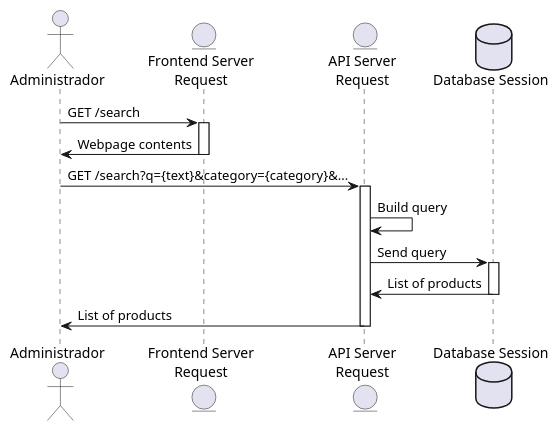
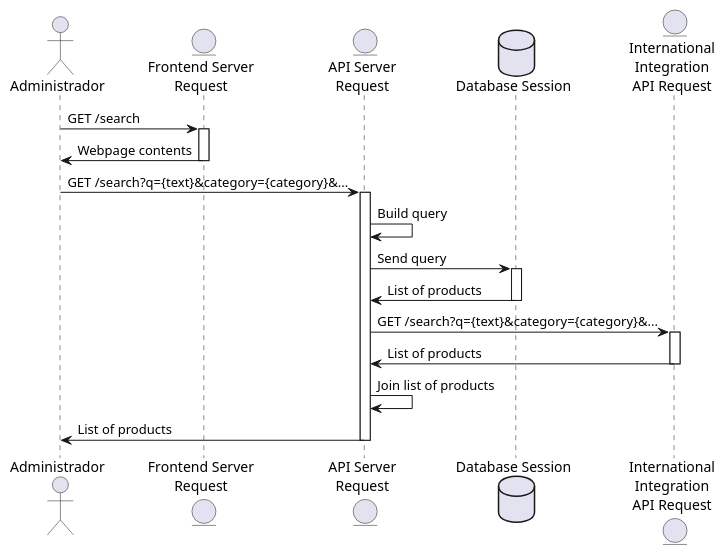
The diagram in uml/requirements/L016.wsd (wuiquique/mycelium-local), drawn with PlantUML before and after one commit. The commit also changed 1 other file, not shown here.

Commit message:
Few diagram fixes

```diff
--- a/uml/requirements/L016.wsd
+++ b/uml/requirements/L016.wsd
@@ -1,22 +1,28 @@
 @startuml sequence1
 
 actor "Administrador" as user
 entity "Frontend Server\nRequest" as fe
 entity "API Server\nRequest" as api
 database "Database Session" as db
+entity "International\nIntegration\nAPI Request" as integ
 
 user -> fe : GET /search
 activate fe
 fe -> user : Webpage contents
 deactivate fe
 user -> api : GET /search?q={text}&category={category}&...
 activate api
 api -> api : Build query
 api -> db : Send query
 activate db
 db -> api : List of products
 deactivate db
+api -> integ : GET /search?q={text}&category={category}&...
+activate integ
+integ -> api : List of products
+deactivate integ
+api -> api : Join list of products
 api -> user : List of products
 deactivate api
 
 @enduml
```
